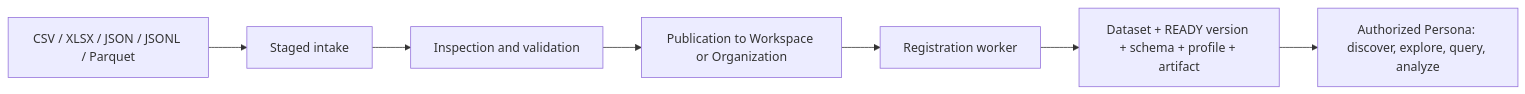
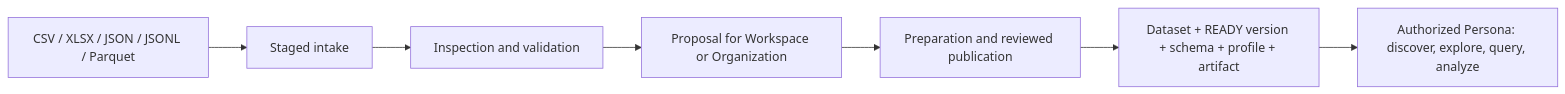
The diagram in resource_registry/docs/RESOURCE_REGISTRY_FOR_DATA_ANALYSIS.md (dgonzale9/RR), drawn with Mermaid before and after one commit. The commit also changed other lines of this file and 295 other files, not shown here.

````diff
--- a/resource_registry/docs/RESOURCE_REGISTRY_FOR_DATA_ANALYSIS.md
+++ b/resource_registry/docs/RESOURCE_REGISTRY_FOR_DATA_ANALYSIS.md
@@ -26,9 +31,9 @@
 ```mermaid
 flowchart LR
     A[CSV / XLSX / JSON / JSONL / Parquet] --> B[Staged intake]
     B --> C[Inspection and validation]
-    C --> D[Publication to Workspace or Organization]
-    D --> E[Registration worker]
+    C --> D[Proposal for Workspace or Organization]
+    D --> E[Preparation and reviewed publication]
     E --> F[Dataset + READY version + schema + profile + artifact]
     F --> G[Authorized Persona: discover, explore, query, analyze]
 ```
````
